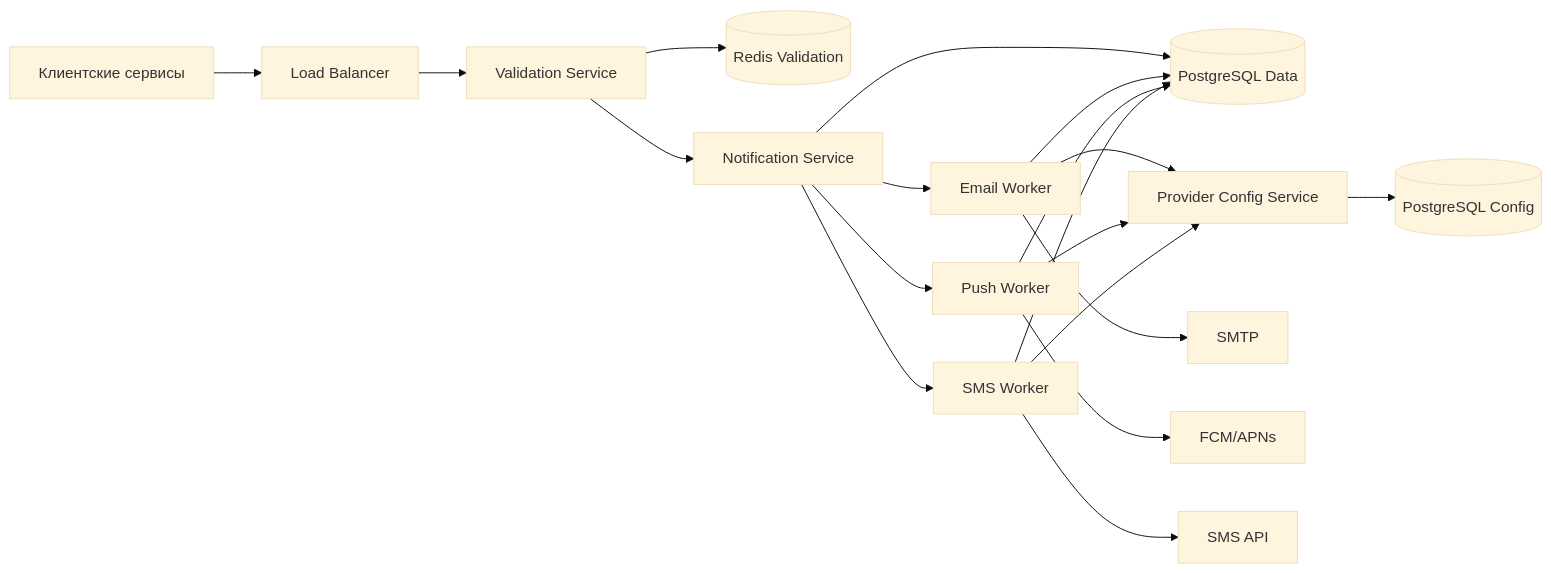
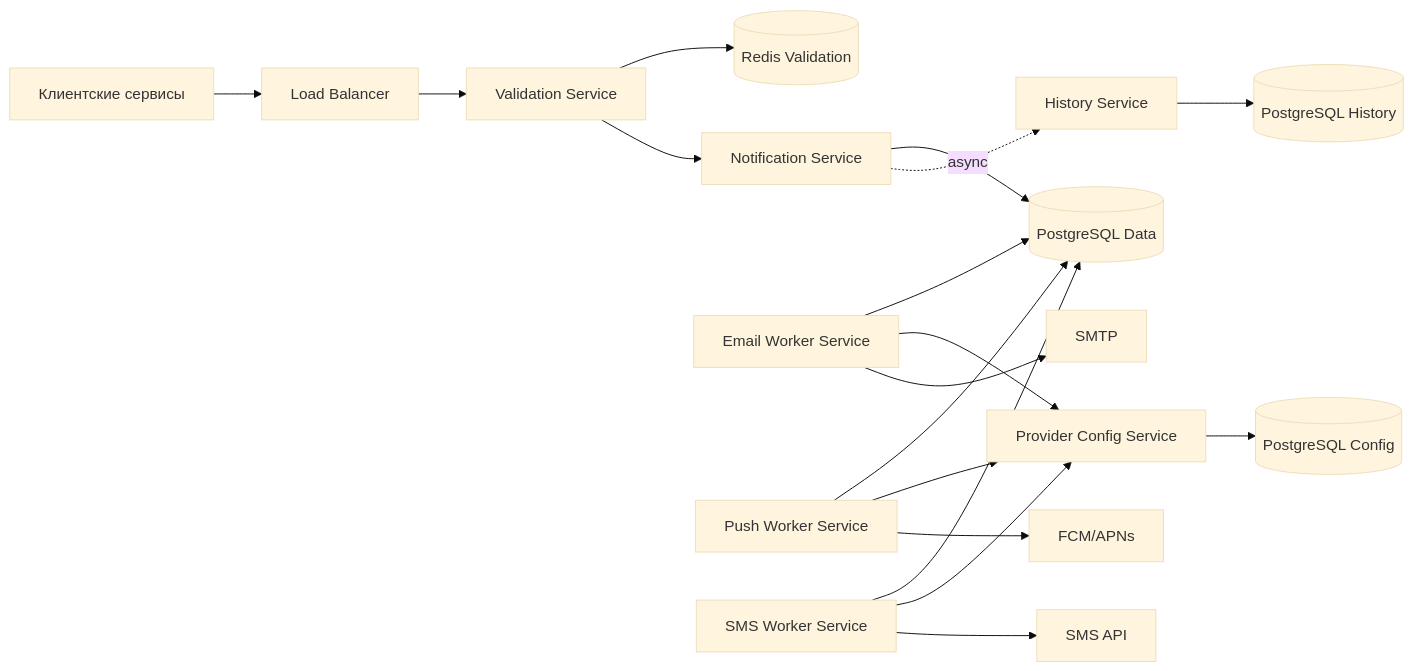
Before and after one commit to DanilPomortsev/Notification-service: the first of 6 diagrams in README.md, drawn with Mermaid (base theme). The commit also changed other lines of this file, not shown here.

````diff
--- a/README.md
+++ b/README.md
@@ -103,17 +103,20 @@
 ```mermaid
 flowchart LR
     C[Клиентские сервисы] --> LB[Load Balancer]
     LB --> VAL[Validation Service]
     VAL --> REDIS[(Redis Validation)]
     VAL --> NS[Notification Service]
     NS --> PG[(PostgreSQL Data)]
-    NS --> W_EMAIL[Email Worker]
-    NS --> W_PUSH[Push Worker]
-    NS --> W_SMS[SMS Worker]
+    W_EMAIL[Email Worker Service]
+    W_PUSH[Push Worker Service]
+    W_SMS[SMS Worker Service]
+    W_EMAIL & W_PUSH & W_SMS --> PG
     W_EMAIL & W_PUSH & W_SMS --> PCS[Provider Config Service]
     PCS --> PG_CFG[(PostgreSQL Config)]
     W_EMAIL --> P1[SMTP]
     W_PUSH --> P2[FCM/APNs]
     W_SMS --> P3[SMS API]
-    W_EMAIL & W_PUSH & W_SMS --> PG
+    NS -. async .-> HS[History Service]
+    HS --> PG_HIST[(PostgreSQL History)]
+
 ```
````
